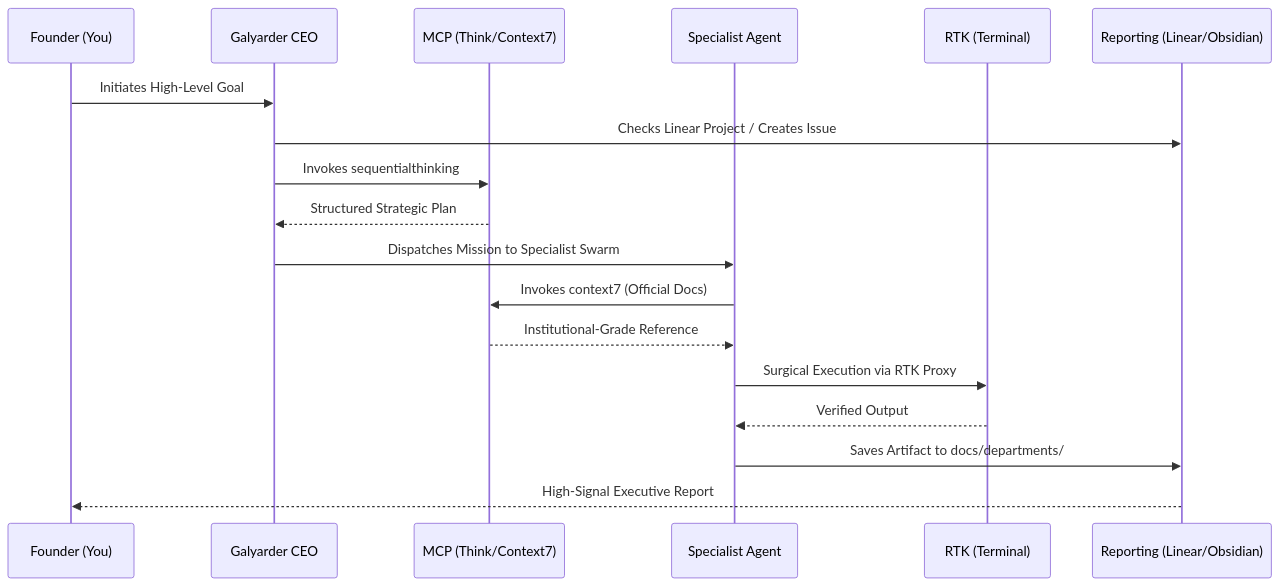
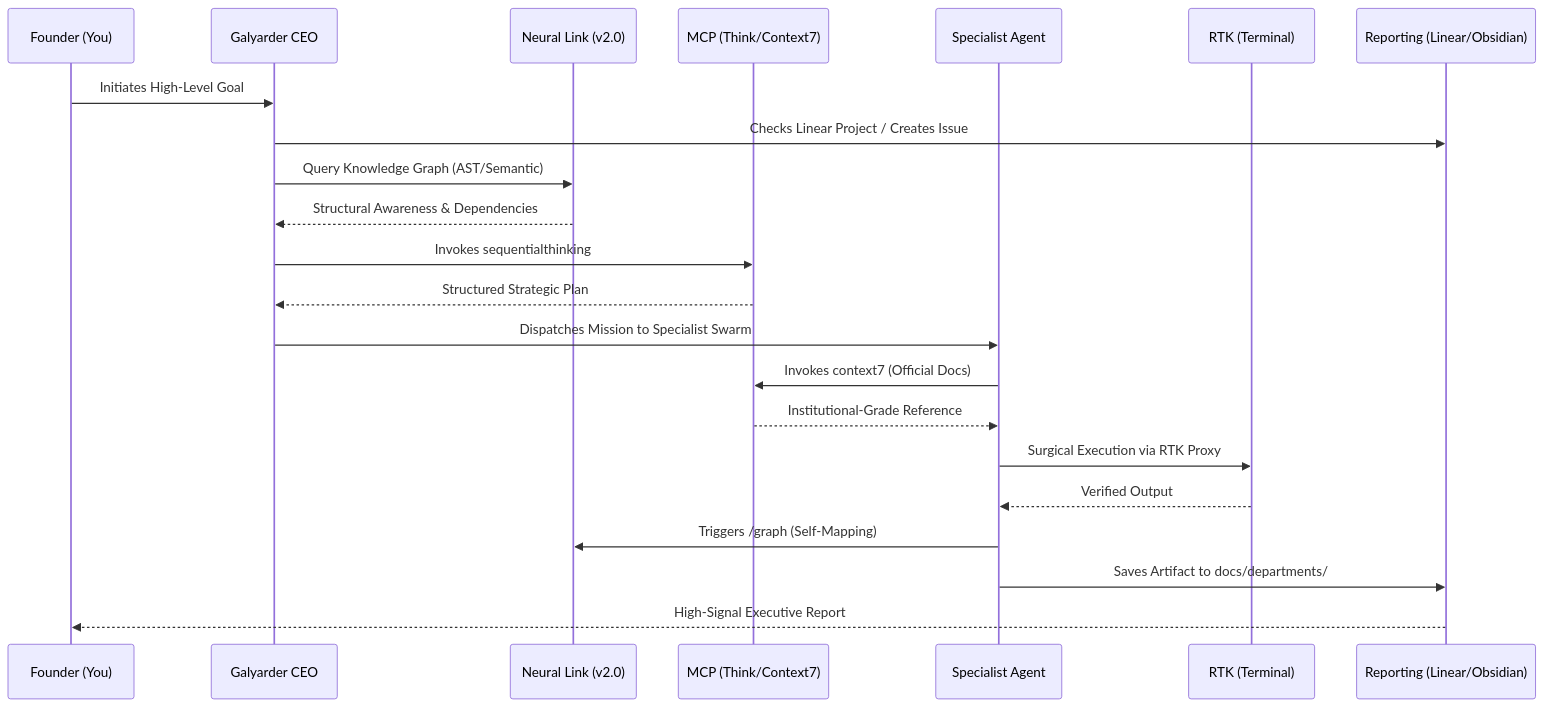
One commit to galyarderlabs/galyarder-framework changed the diagram in README.md. Above: the diagram before and after it, drawn with Mermaid. The commit also changed other lines of this file and 155 other files, not shown here.

First line of the commit message:
release: 1.8.17 neural link operational alignment

````diff
--- a/README.md
+++ b/README.md
@@ -64,21 +64,25 @@
 ```mermaid
 sequenceDiagram
     participant F as Founder (You)
     participant CEO as Galyarder CEO
+    participant Graph as Neural Link (v2.0)
     participant MCP as MCP (Think/Context7)
     participant Agent as Specialist Agent
     participant RTK as RTK (Terminal)
     participant Docs as Reporting (Linear/Obsidian)
 
     F->>CEO: Initiates High-Level Goal
     CEO->>Docs: Checks Linear Project / Creates Issue
+    CEO->>Graph: Query Knowledge Graph (AST/Semantic)
+    Graph-->>CEO: Structural Awareness & Dependencies
     CEO->>MCP: Invokes sequentialthinking
     MCP-->>CEO: Structured Strategic Plan
     CEO->>Agent: Dispatches Mission to Specialist Swarm
     Agent->>MCP: Invokes context7 (Official Docs)
     MCP-->>Agent: Institutional-Grade Reference
     Agent->>RTK: Surgical Execution via RTK Proxy
     RTK-->>Agent: Verified Output
+    Agent->>Graph: Triggers /graph (Self-Mapping)
     Agent->>Docs: Saves Artifact to docs/departments/
     Docs-->>F: High-Signal Executive Report
 ```
````
